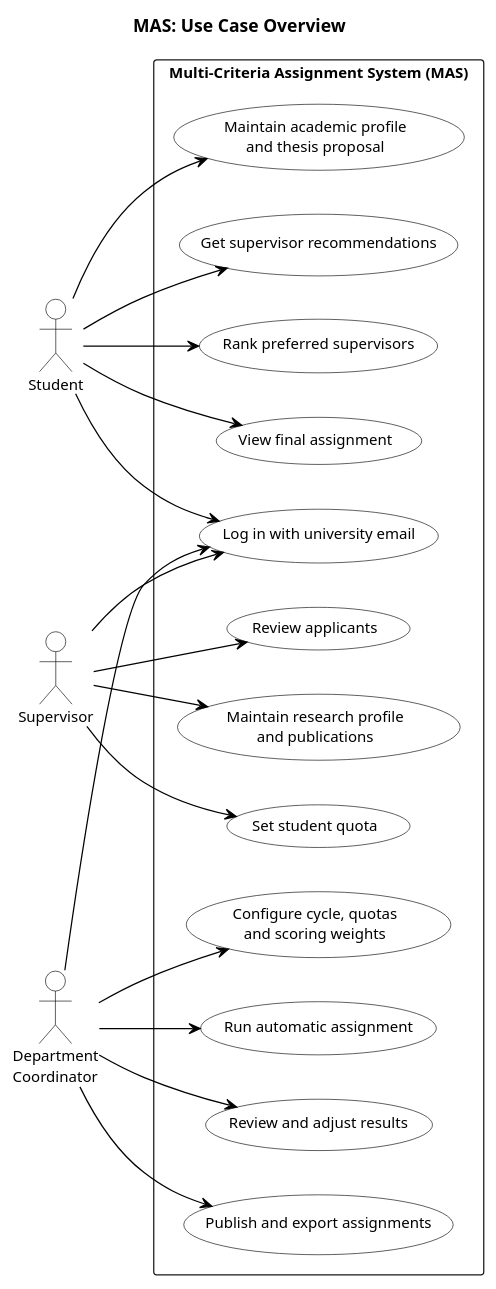
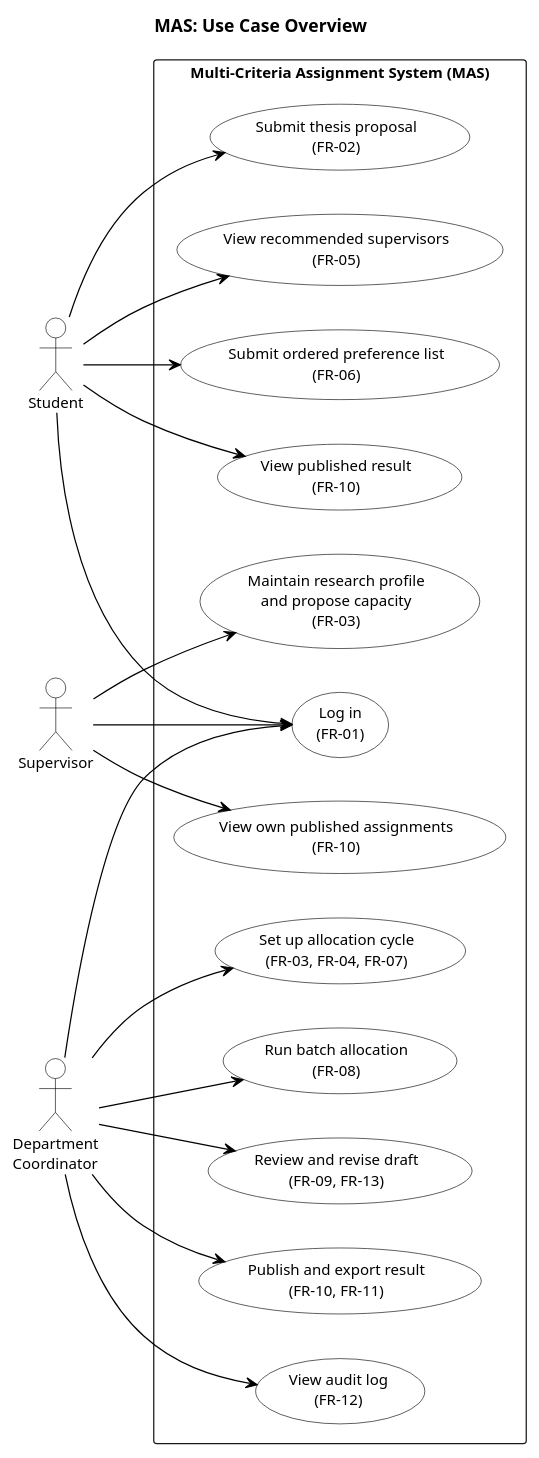
Before and after one commit to Diasb4/Diploma: the first of 4 diagrams in diagrams/src/use-case.puml, drawn with PlantUML. The commit also changed other lines of this file and 8 other files, not shown here.

First line of the commit message:
MAS-13: Align use case diagrams with the requirements draft

```diff
--- a/diagrams/src/use-case.puml
+++ b/diagrams/src/use-case.puml
@@ -1,60 +1,61 @@
 @startuml use-case-overview
 ' MAS-13: Use Case diagrams for the Multi-Criteria Assignment System.
 ' This file holds four diagrams: an overview and one detailed view per actor.
+' Use case labels carry the requirement IDs from docs/06-requirements-spec.md.
 
 title MAS: Use Case Overview
 
 left to right direction
 skinparam shadowing false
 skinparam defaultFontName Arial
 skinparam defaultFontSize 12
 skinparam ArrowColor Black
 skinparam usecase {
   BackgroundColor White
   BorderColor Black
 }
 skinparam actor {
   BackgroundColor White
   BorderColor Black
 }
 
 actor "Student" as Student
 actor "Supervisor" as Supervisor
 actor "Department\nCoordinator" as Coordinator
 
 rectangle "Multi-Criteria Assignment System (MAS)" {
-  usecase "Log in with university email" as LOGIN
+  usecase "Log in\n(FR-01)" as LOGIN
 
-  usecase "Maintain academic profile\nand thesis proposal" as S1
-  usecase "Get supervisor recommendations" as S2
-  usecase "Rank preferred supervisors" as S3
-  usecase "View final assignment" as S4
+  usecase "Submit thesis proposal\n(FR-02)" as S1
+  usecase "View recommended supervisors\n(FR-05)" as S2
+  usecase "Submit ordered preference list\n(FR-06)" as S3
+  usecase "View published result\n(FR-10)" as S4
 
-  usecase "Maintain research profile\nand publications" as P1
-  usecase "Set student quota" as P2
-  usecase "Review applicants" as P3
+  usecase "Maintain research profile\nand propose capacity\n(FR-03)" as P1
+  usecase "View own published assignments\n(FR-10)" as P2
 
-  usecase "Configure cycle, quotas\nand scoring weights" as C1
-  usecase "Run automatic assignment" as C2
-  usecase "Review and adjust results" as C3
-  usecase "Publish and export assignments" as C4
+  usecase "Set up allocation cycle\n(FR-03, FR-04, FR-07)" as C1
+  usecase "Run batch allocation\n(FR-08)" as C2
+  usecase "Review and revise draft\n(FR-09, FR-13)" as C3
+  usecase "Publish and export result\n(FR-10, FR-11)" as C4
+  usecase "View audit log\n(FR-12)" as C5
 }
 
 Student --> LOGIN
 Supervisor --> LOGIN
 Coordinator --> LOGIN
 
 Student --> S1
 Student --> S2
 Student --> S3
 Student --> S4
 
 Supervisor --> P1
 Supervisor --> P2
-Supervisor --> P3
 
 Coordinator --> C1
 Coordinator --> C2
 Coordinator --> C3
 Coordinator --> C4
+Coordinator --> C5
 @enduml
```
